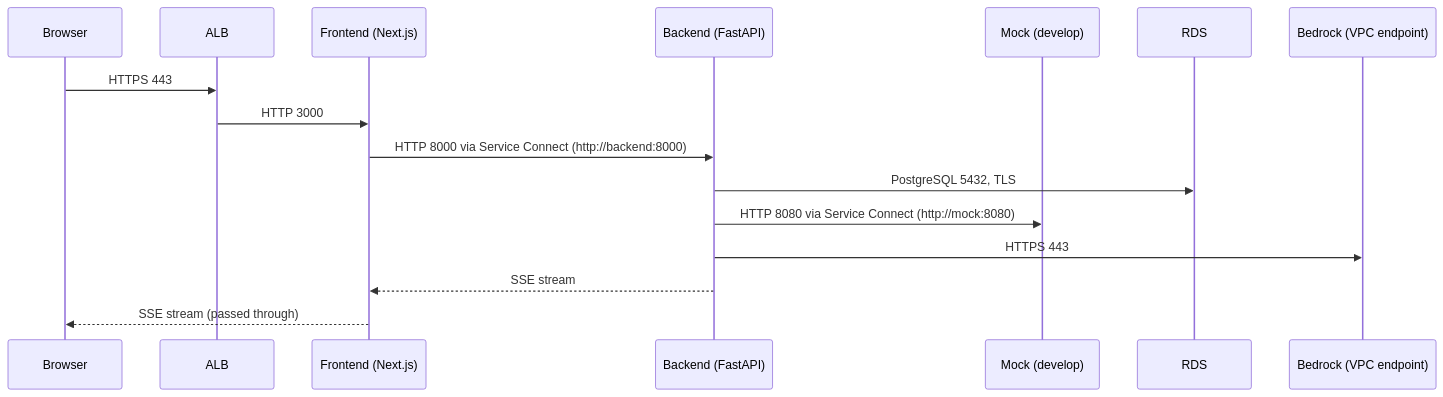
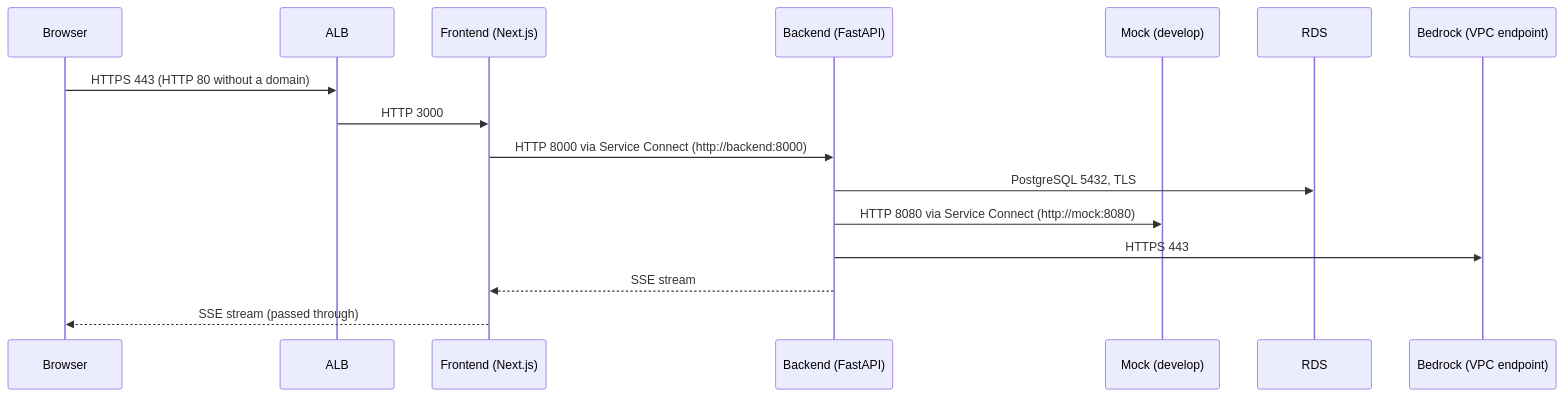
One commit to pjh4993/insurance-onboarding-assistant changed the second of 3 diagrams in docs/networking.md. Above: the diagram before and after it, drawn with Mermaid. The commit also changed other lines of this file and 12 other files, not shown here.

````diff
--- a/docs/networking.md
+++ b/docs/networking.md
@@ -64,18 +65,18 @@
 ```mermaid
 sequenceDiagram
     participant B as Browser
     participant A as ALB
     participant F as Frontend (Next.js)
     participant K as Backend (FastAPI)
     participant M as Mock (develop)
     participant D as RDS
     participant R as Bedrock (VPC endpoint)
-    B->>A: HTTPS 443
+    B->>A: HTTPS 443 (HTTP 80 without a domain)
     A->>F: HTTP 3000
     F->>K: HTTP 8000 via Service Connect (http://backend:8000)
     K->>D: PostgreSQL 5432, TLS
     K->>M: HTTP 8080 via Service Connect (http://mock:8080)
     K->>R: HTTPS 443
     K-->>F: SSE stream
     F-->>B: SSE stream (passed through)
 ```
````
